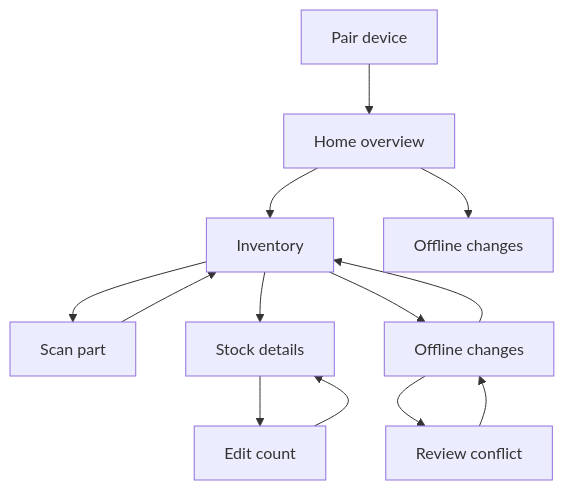
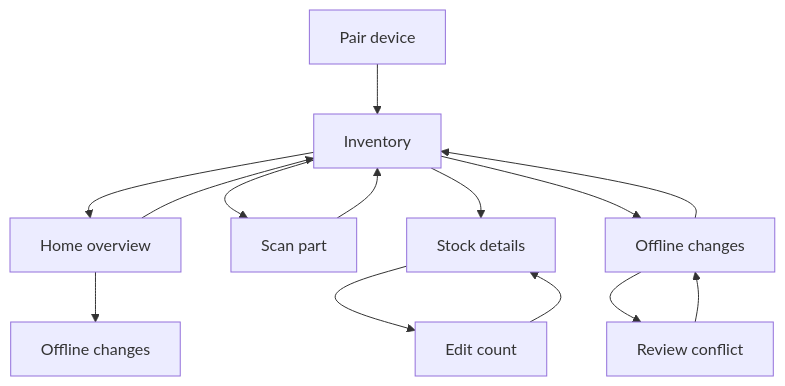
One commit to atonui/spares_inventory_mobile changed the diagram in docs/design/mobile-screen-wireframes-and-storyboard.md. Above: the diagram before and after it, drawn with Mermaid. The commit also changed other lines of this file and 6 other files, not shown here.

Commit message:
Add Home stock overview and filtered drilldowns

````diff
--- a/docs/design/mobile-screen-wireframes-and-storyboard.md
+++ b/docs/design/mobile-screen-wireframes-and-storyboard.md
@@ -26,15 +26,16 @@
 ```mermaid
 flowchart TD
-  Pair["Pair device"] --> Home["Home overview"]
-  Home --> Inventory["Inventory"]
+  Pair["Pair device"] --> Inventory["Inventory"]
+  Inventory --> Home["Home overview"]
+  Home --> Inventory
   Home --> Changes["Offline changes"]
   Inventory --> Scanner["Scan part"]
   Scanner --> Inventory
   Inventory --> Details["Stock details"]
   Details --> Count["Edit count"]
   Count --> Details
   Inventory --> Offline["Offline changes"]
   Offline --> Review["Review conflict"]
   Review --> Offline
   Offline --> Inventory
 ```
````
